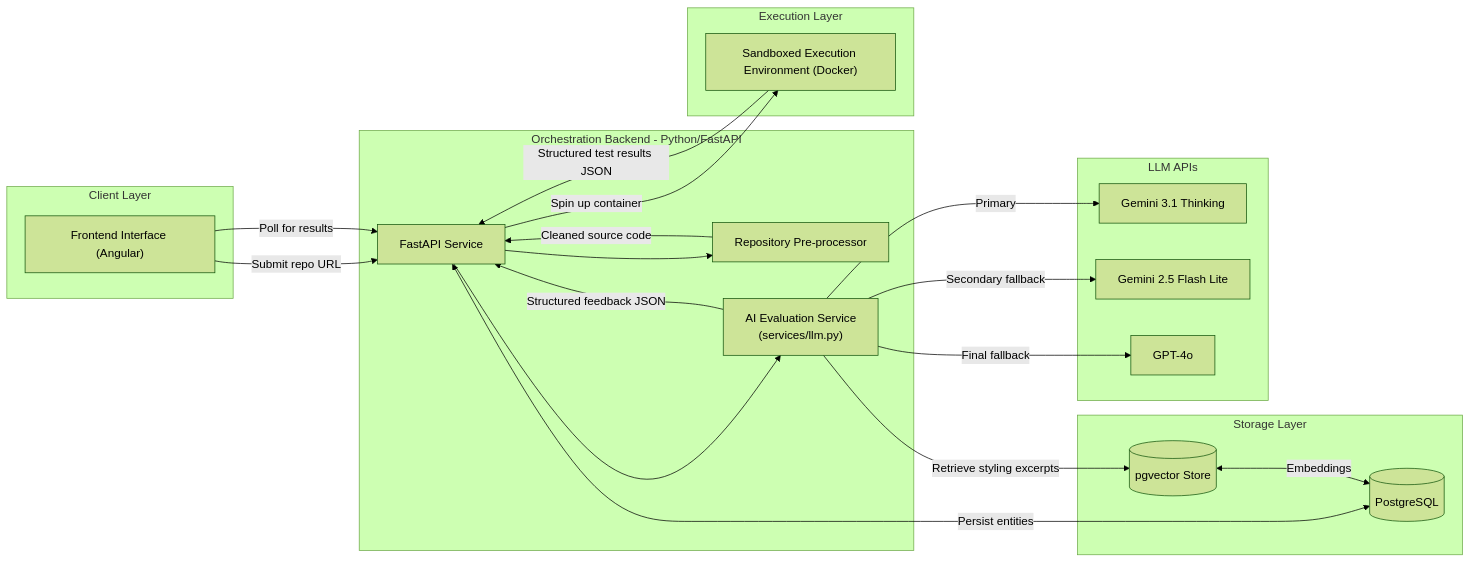
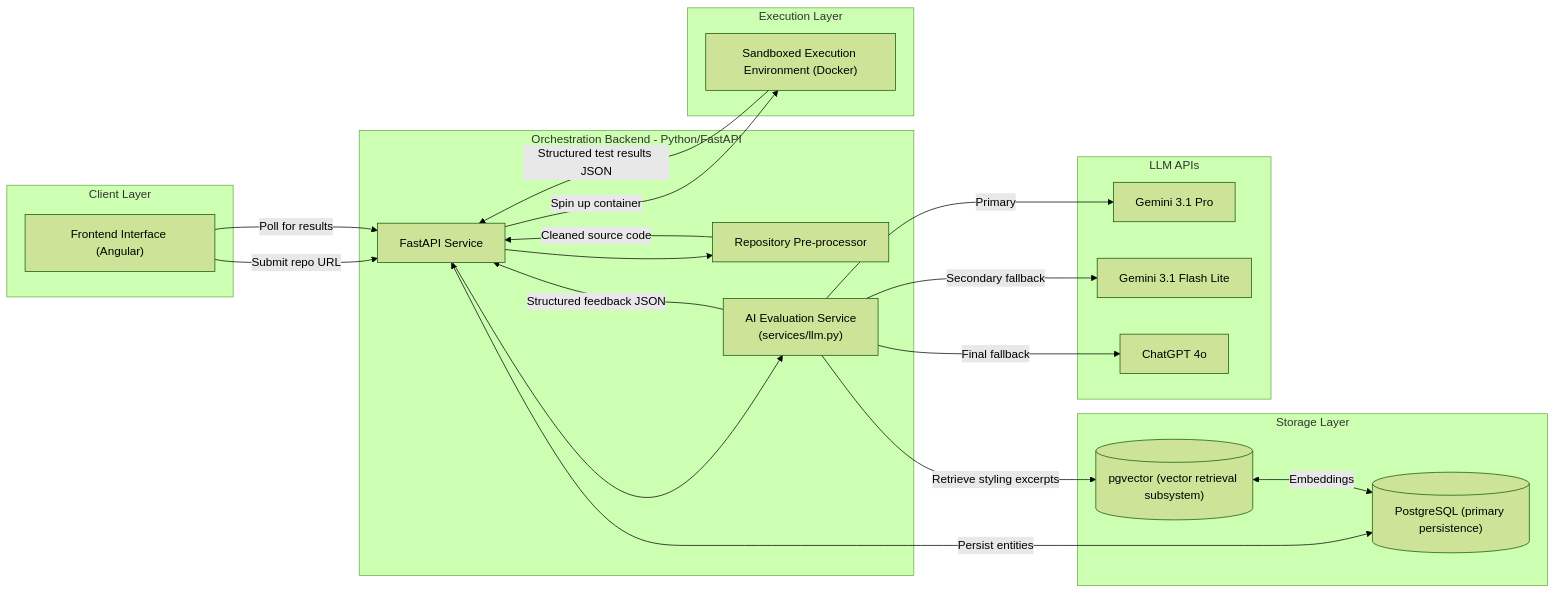
One commit to MaristGormanly/maple-a1 changed the diagram in design-doc.md. Above: the diagram before and after it, drawn with Mermaid (forest theme). The commit also changed other lines of this file, not shown here.

````diff
--- a/design-doc.md
+++ b/design-doc.md
@@ -17,42 +17,42 @@
 ```mermaid
 flowchart LR
     subgraph clientLayer [Client Layer]
         Frontend["Frontend Interface (Angular)"]
     end
 
     subgraph backendLayer [Orchestration Backend - Python/FastAPI]
         FastAPI["FastAPI Service"]
         PreProcessor["Repository Pre-processor"]
         LLMWrapper["AI Evaluation Service\n(services/llm.py)"]
     end
 
     subgraph storageLayer [Storage Layer]
-        PostgreSQL[("PostgreSQL")]
-        pgvector[("pgvector Store")]
+        PostgreSQL[("PostgreSQL (primary persistence)")]
+        pgvector[("pgvector (vector retrieval subsystem)")]
     end
 
     subgraph executionLayer [Execution Layer]
         Docker["Sandboxed Execution Environment (Docker)"]
     end
 
     subgraph llmLayer [LLM APIs]
-        Gemini["Gemini 3.1 Thinking"]
-        GeminiFlash["Gemini 2.5 Flash Lite"]
-        GPT4o["GPT-4o"]
+        Gemini["Gemini 3.1 Pro"]
+        GeminiFlash["Gemini 3.1 Flash Lite"]
+        GPT4o["ChatGPT 4o"]
     end
 
     Frontend -->|"Submit repo URL"| FastAPI
     Frontend -->|"Poll for results"| FastAPI
     FastAPI --> PreProcessor
     FastAPI -->|"Spin up container"| Docker
     FastAPI --> LLMWrapper
     FastAPI <-->|"Persist entities"| PostgreSQL
     PreProcessor -->|"Cleaned source code"| FastAPI
     Docker -->|"Structured test results JSON"| FastAPI
     LLMWrapper -->|"Retrieve styling excerpts"| pgvector
     LLMWrapper -->|"Primary"| Gemini
     LLMWrapper -->|"Secondary fallback"| GeminiFlash
     LLMWrapper -->|"Final fallback"| GPT4o
     LLMWrapper -->|"Structured feedback JSON"| FastAPI
     pgvector <-->|"Embeddings"| PostgreSQL
 ```
````
